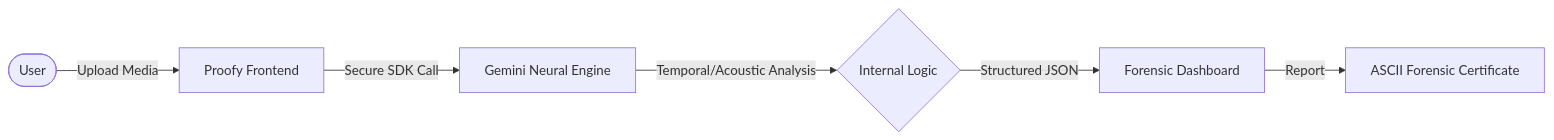
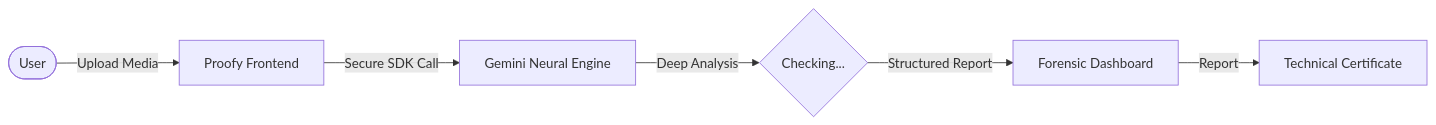
The first of 3 diagrams in README.md (jiviteshreddy44-netizen/proofyyy), drawn with Mermaid before and after one commit. The commit also changed other lines of this file, not shown here.

Commit message:
Update README: Strict core features and simple language with flow charts

````diff
--- a/README.md
+++ b/README.md
@@ -16,8 +14,8 @@
 ```mermaid
 graph LR
     User([User]) -->|Upload Media| App[Proofy Frontend]
     App -->|Secure SDK Call| AI[Gemini Neural Engine]
-    AI -->|Temporal/Acoustic Analysis| Logic{Internal Logic}
-    Logic -->|Structured JSON| Result[Forensic Dashboard]
-    Result -->|Report| Certificate[ASCII Forensic Certificate]
+    AI -->|Deep Analysis| Logic{Checking...}
+    Logic -->|Structured Report| Result[Forensic Dashboard]
+    Result -->|Report| Certificate[Technical Certificate]
 ```
````
